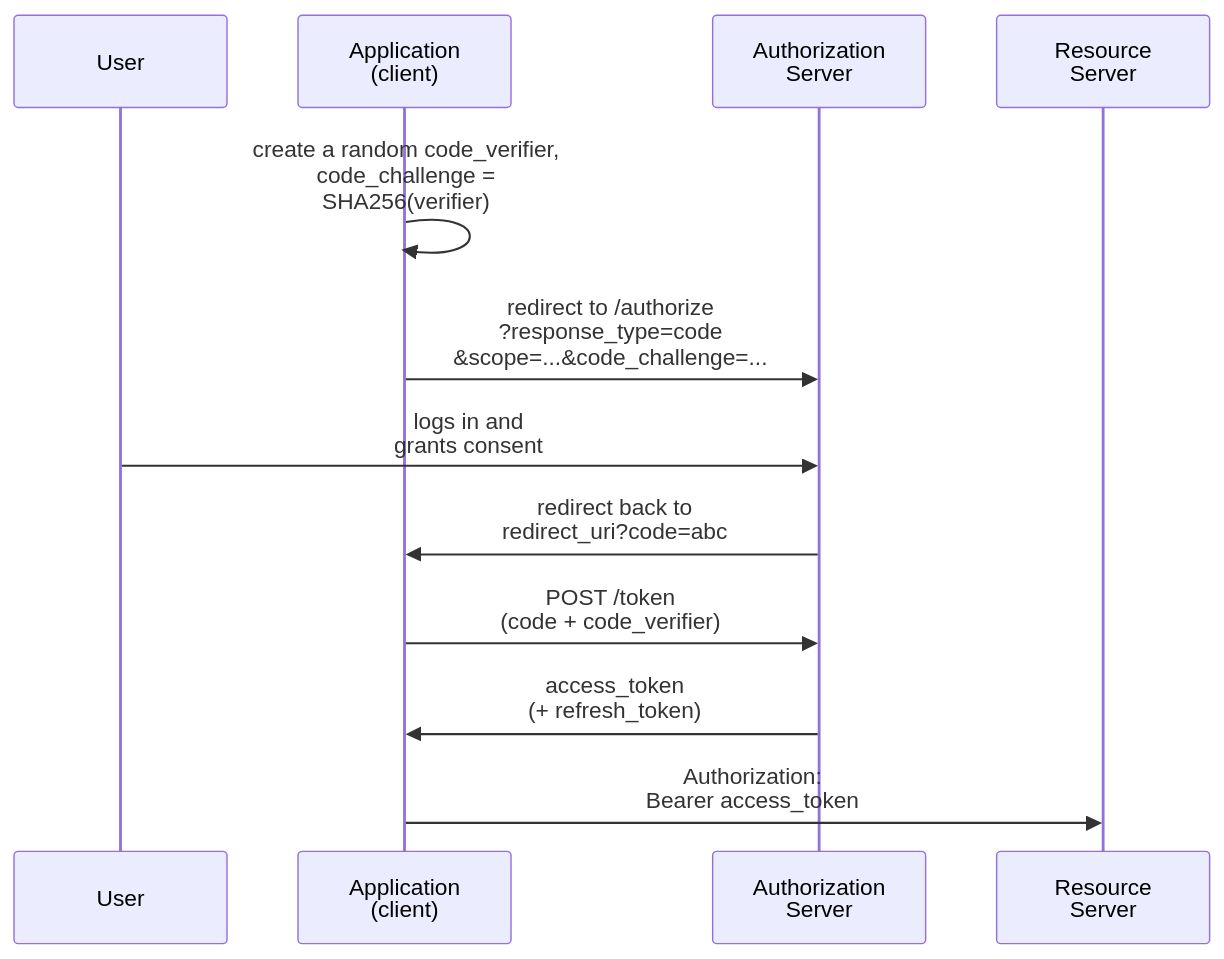
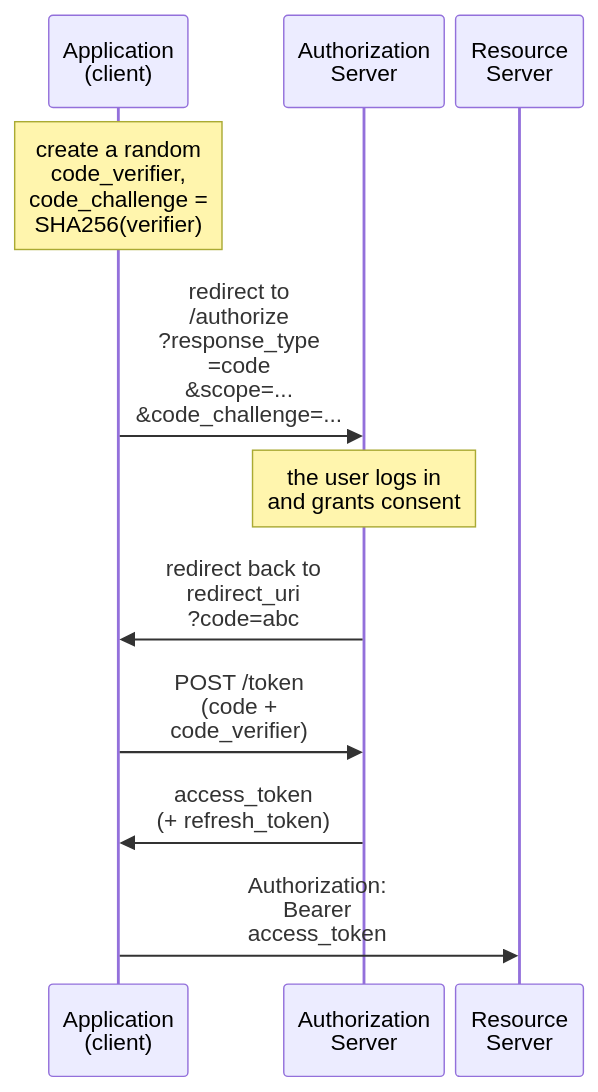
Before and after one commit to duongbui234/software-engineering-atlas: the second of 3 diagrams in content/en/posts/2026-11-18-api-security.md, drawn with Mermaid. The commit also changed other lines of this file and 134 other files, not shown here.

First line of the commit message:
Fit every Mermaid diagram at 390px without sideways scroll (#56)

````diff
--- a/content/en/posts/2026-11-18-api-security.md
+++ b/content/en/posts/2026-11-18-api-security.md
@@ -186,14 +186,14 @@
 ```mermaid
+%%{init: {"sequence": {"width": 90, "actorMargin": 8, "diagramMarginX": 4}}}%%
 sequenceDiagram
-    participant U as User
     participant App as Application<br/>(client)
     participant AS as Authorization<br/>Server
     participant API as Resource<br/>Server
-    App->>App: create a random code_verifier,<br/>code_challenge =<br/>SHA256(verifier)
-    App->>AS: redirect to /authorize<br/>?response_type=code<br/>&scope=...&code_challenge=...
-    U->>AS: logs in and<br/>grants consent
-    AS->>App: redirect back to<br/>redirect_uri?code=abc
-    App->>AS: POST /token<br/>(code + code_verifier)
+    Note over App: create a random<br/>code_verifier,<br/>code_challenge =<br/>SHA256(verifier)
+    App->>AS: redirect to<br/>/authorize<br/>?response_type<br/>=code<br/>&scope=...<br/>&code_challenge=...
+    Note over AS: the user logs in<br/>and grants consent
+    AS->>App: redirect back to<br/>redirect_uri<br/>?code=abc
+    App->>AS: POST /token<br/>(code +<br/>code_verifier)
     AS->>App: access_token<br/>(+ refresh_token)
-    App->>API: Authorization:<br/>Bearer access_token
+    App->>API: Authorization:<br/>Bearer<br/>access_token
 ```
````
